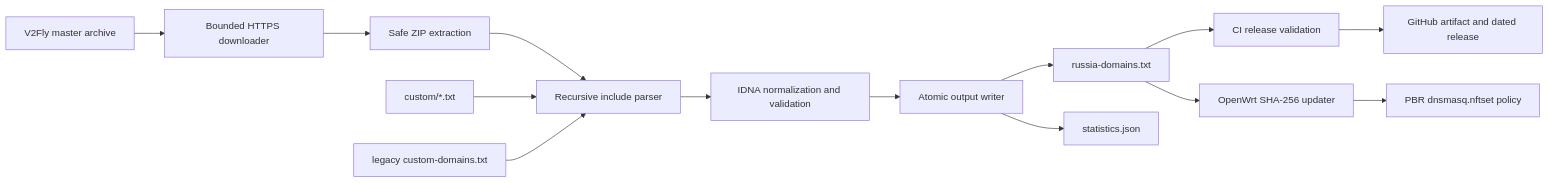
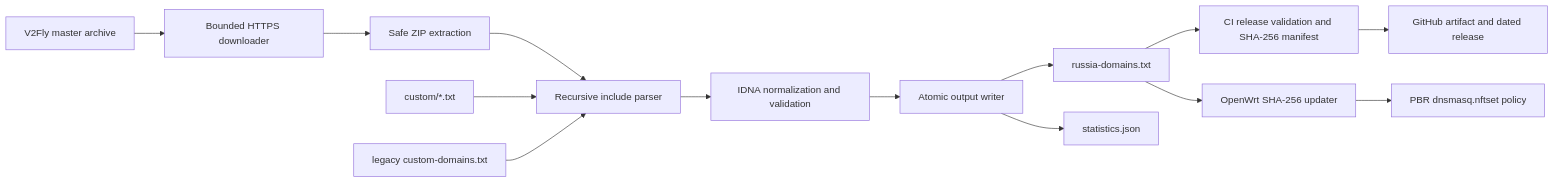
Before and after one commit to Aleksan-S/pbr-russia: the diagram in README.md, drawn with Mermaid. The commit also changed other lines of this file and 11 other files, not shown here.

````diff
--- a/README.md
+++ b/README.md
@@ -17,16 +17,16 @@
 ```mermaid
 flowchart LR
     V["V2Fly master archive"] --> D["Bounded HTTPS downloader"]
     D --> I["Safe ZIP extraction"]
     I --> P["Recursive include parser"]
     C["custom/*.txt"] --> P
     LC["legacy custom-domains.txt"] --> P
     P --> N["IDNA normalization and validation"]
     N --> O["Atomic output writer"]
     O --> L["russia-domains.txt"]
     O --> S["statistics.json"]
-    L --> Q["CI release validation"]
+    L --> Q["CI release validation and SHA-256 manifest"]
     Q --> R["GitHub artifact and dated release"]
     L --> W["OpenWrt SHA-256 updater"]
     W --> B["PBR dnsmasq.nftset policy"]
 ```
````
